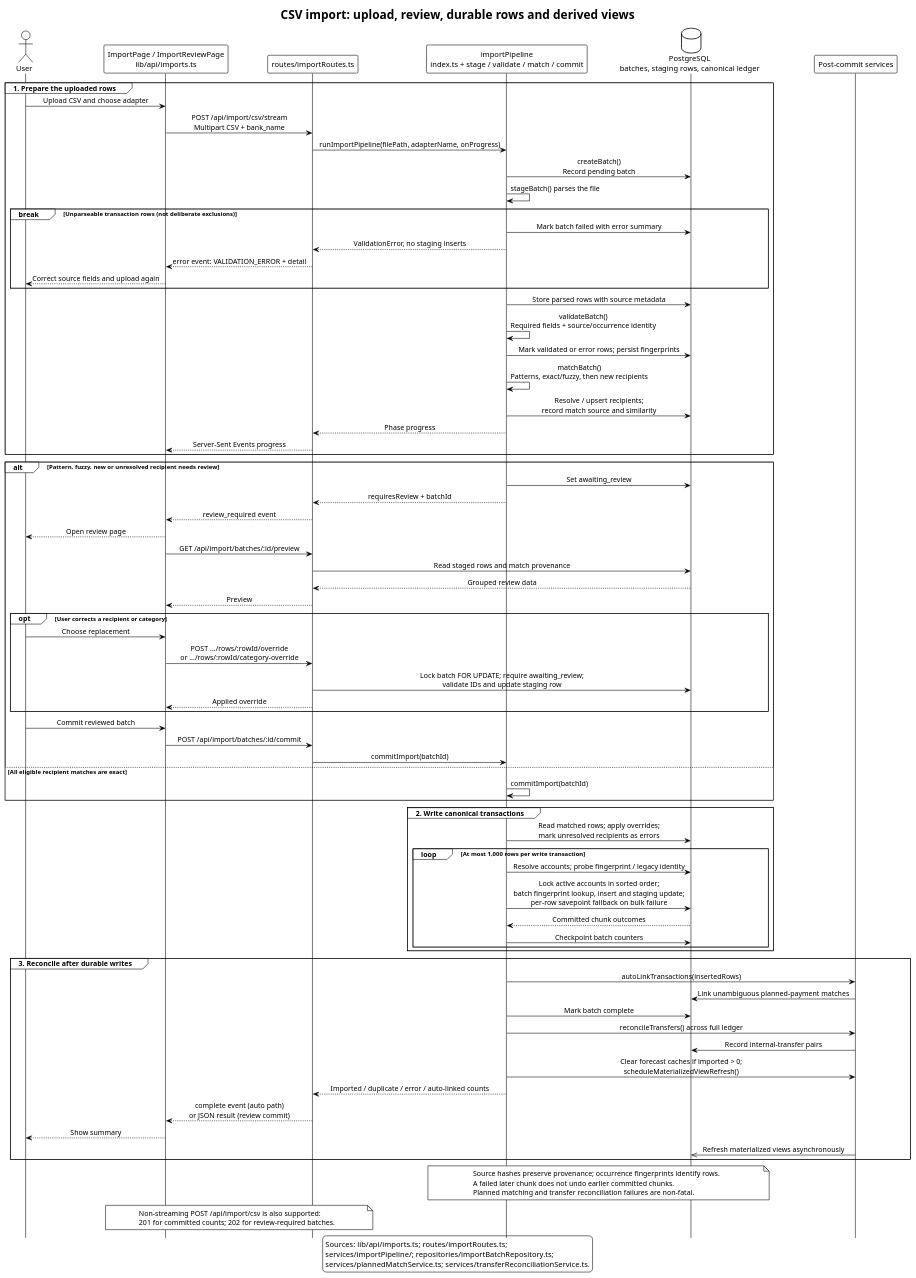
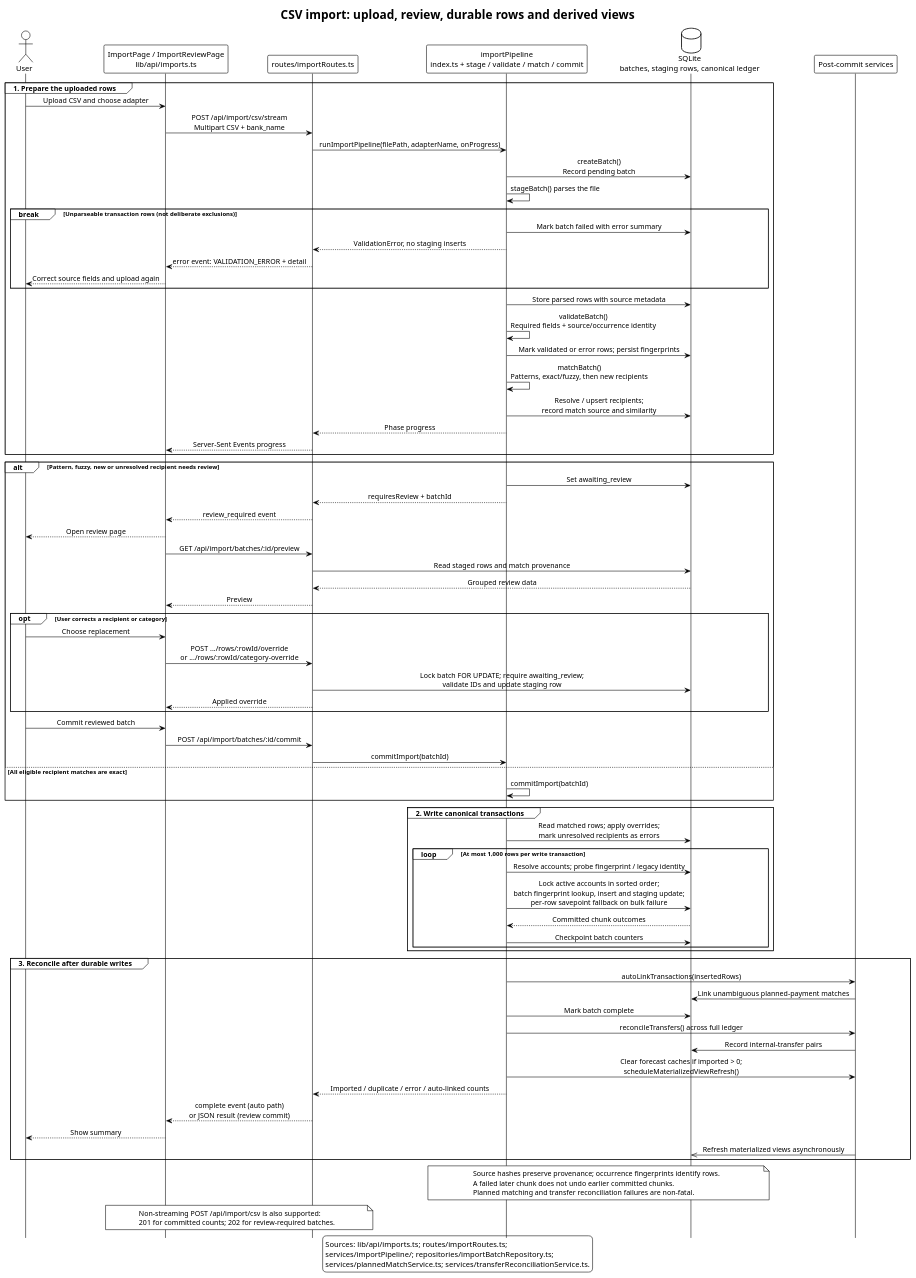
One commit to EraPartner/Vision changed the diagram in docs/diagrams/import-sequence.puml. Above: the diagram before and after it, drawn with PlantUML. The commit also changed 209 other files, not shown here.

```diff
--- a/docs/diagrams/import-sequence.puml
+++ b/docs/diagrams/import-sequence.puml
@@ -1,99 +1,99 @@
 @startuml import-sequence
 title CSV import: upload, review, durable rows and derived views
 
 !theme plain
 hide footbox
 skinparam participantPadding 15
 skinparam sequenceMessageAlign center
 
 actor User
 participant "ImportPage / ImportReviewPage\nlib/api/imports.ts" as Frontend
 participant "routes/importRoutes.ts" as Route
 participant "importPipeline\nindex.ts + stage / validate / match / commit" as Pipeline
-database "PostgreSQL\nbatches, staging rows, canonical ledger" as DB
+database "SQLite\nbatches, staging rows, canonical ledger" as DB
 participant "Post-commit services" as Derived
 
 group 1. Prepare the uploaded rows
   User -> Frontend : Upload CSV and choose adapter
   Frontend -> Route : POST /api/import/csv/stream\nMultipart CSV + bank_name
   Route -> Pipeline : runImportPipeline(filePath, adapterName, onProgress)
   Pipeline -> DB : createBatch()\nRecord pending batch
   Pipeline -> Pipeline : stageBatch() parses the file
   break Unparseable transaction rows (not deliberate exclusions)
     Pipeline -> DB : Mark batch failed with error summary
     Pipeline --> Route : ValidationError, no staging inserts
     Route --> Frontend : error event: VALIDATION_ERROR + detail
     Frontend --> User : Correct source fields and upload again
   end
   Pipeline -> DB : Store parsed rows with source metadata
   Pipeline -> Pipeline : validateBatch()\nRequired fields + source/occurrence identity
   Pipeline -> DB : Mark validated or error rows; persist fingerprints
   Pipeline -> Pipeline : matchBatch()\nPatterns, exact/fuzzy, then new recipients
   Pipeline -> DB : Resolve / upsert recipients;\nrecord match source and similarity
   Pipeline --> Route : Phase progress
   Route --> Frontend : Server-Sent Events progress
 end
 
 alt Pattern, fuzzy, new or unresolved recipient needs review
   Pipeline -> DB : Set awaiting_review
   Pipeline --> Route : requiresReview + batchId
   Route --> Frontend : review_required event
   Frontend --> User : Open review page
   Frontend -> Route : GET /api/import/batches/:id/preview
   Route -> DB : Read staged rows and match provenance
   DB --> Route : Grouped review data
   Route --> Frontend : Preview
   opt User corrects a recipient or category
     User -> Frontend : Choose replacement
     Frontend -> Route : POST .../rows/:rowId/override\nor .../rows/:rowId/category-override
     Route -> DB : Lock batch FOR UPDATE; require awaiting_review;\nvalidate IDs and update staging row
     Route --> Frontend : Applied override
   end
   User -> Frontend : Commit reviewed batch
   Frontend -> Route : POST /api/import/batches/:id/commit
   Route -> Pipeline : commitImport(batchId)
 else All eligible recipient matches are exact
   Pipeline -> Pipeline : commitImport(batchId)
 end
 
 group 2. Write canonical transactions
   Pipeline -> DB : Read matched rows; apply overrides;\nmark unresolved recipients as errors
   loop At most 1,000 rows per write transaction
     Pipeline -> DB : Resolve accounts; probe fingerprint / legacy identity
     Pipeline -> DB : Lock active accounts in sorted order;\nbatch fingerprint lookup, insert and staging update;\nper-row savepoint fallback on bulk failure
     DB --> Pipeline : Committed chunk outcomes
     Pipeline -> DB : Checkpoint batch counters
   end
 end
 
 group 3. Reconcile after durable writes
   Pipeline -> Derived : autoLinkTransactions(insertedRows)
   Derived -> DB : Link unambiguous planned-payment matches
   Pipeline -> DB : Mark batch complete
   Pipeline -> Derived : reconcileTransfers() across full ledger
   Derived -> DB : Record internal-transfer pairs
   Pipeline -> Derived : Clear forecast caches if imported > 0;\nscheduleMaterializedViewRefresh()
   Pipeline --> Route : Imported / duplicate / error / auto-linked counts
   Route --> Frontend : complete event (auto path)\nor JSON result (review commit)
   Frontend --> User : Show summary
   Derived ->> DB : Refresh materialized views asynchronously
 end
 
 note over Pipeline, DB
   Source hashes preserve provenance; occurrence fingerprints identify rows.
   A failed later chunk does not undo earlier committed chunks.
   Planned matching and transfer reconciliation failures are non-fatal.
 end note
 
 note over Frontend, Route
   Non-streaming POST /api/import/csv is also supported:
   201 for committed counts; 202 for review-required batches.
 end note
 
 legend bottom
   Sources: lib/api/imports.ts; routes/importRoutes.ts;
   services/importPipeline/; repositories/importBatchRepository.ts;
   services/plannedMatchService.ts; services/transferReconciliationService.ts.
 endlegend
 
 @enduml
```
